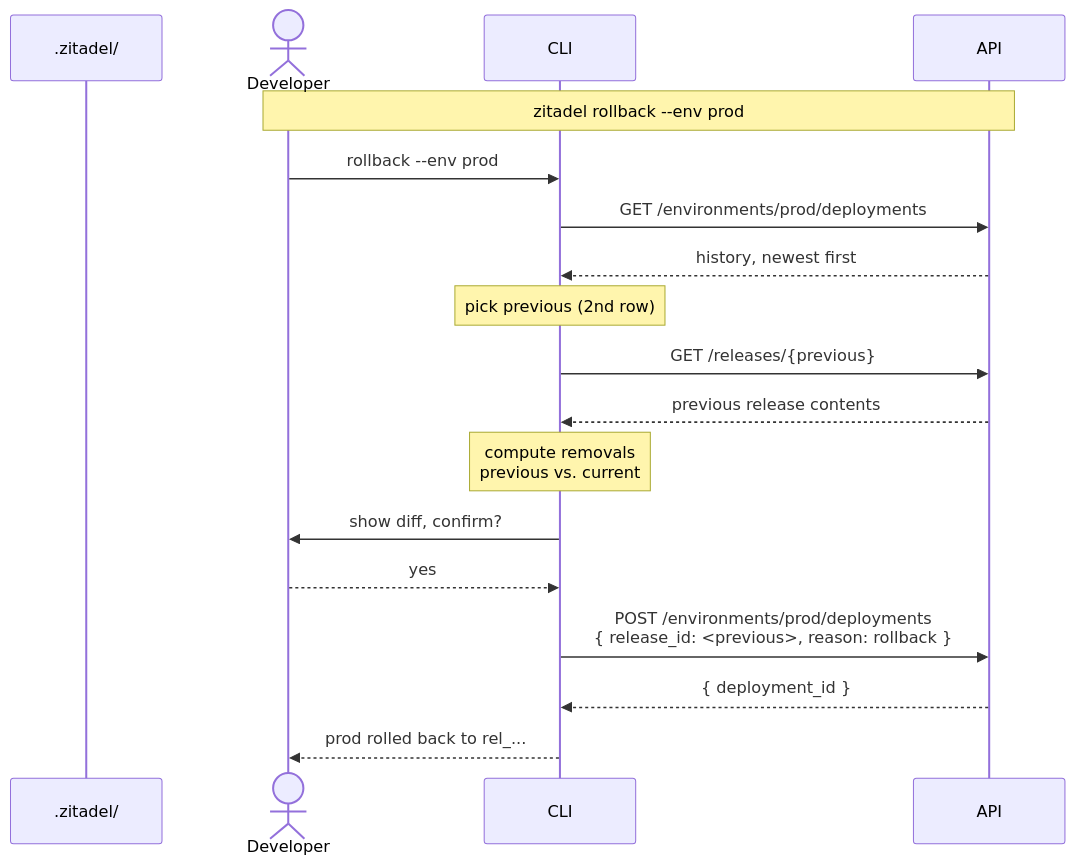
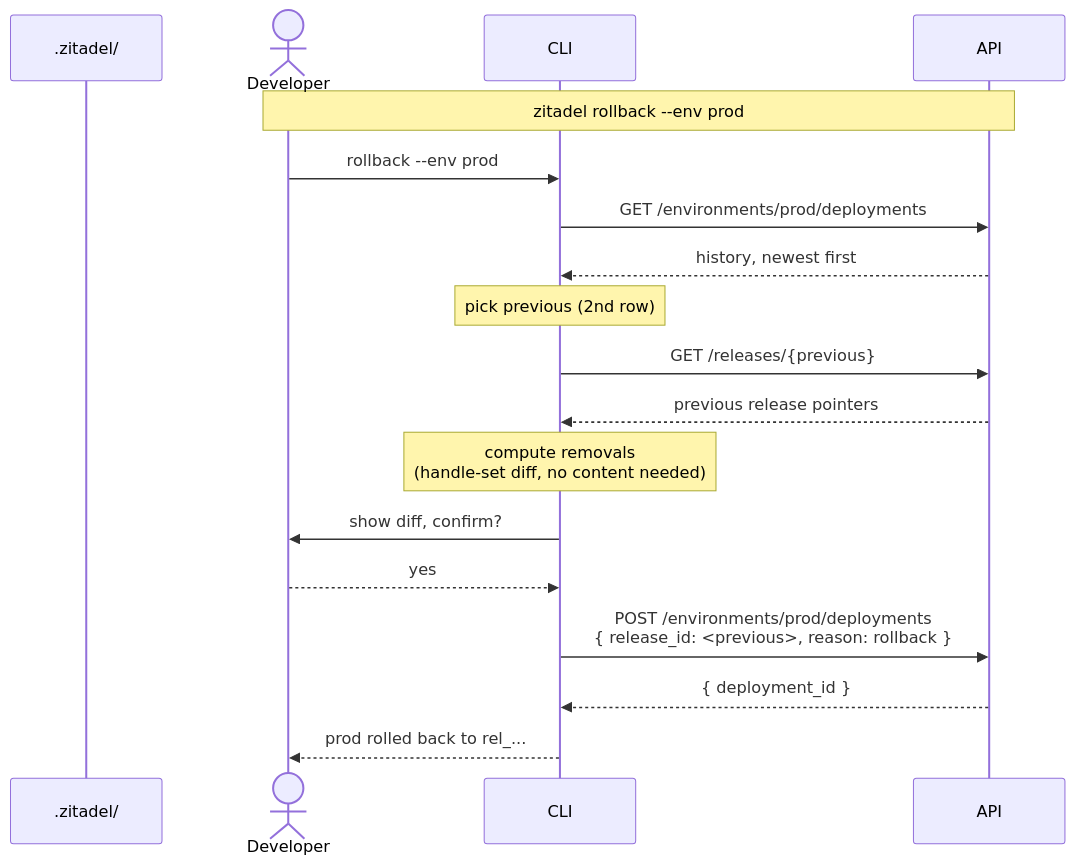
Before and after one commit to zitadel/nextgen: the fourth of 6 diagrams in docs/adrs/035-configuration-environments.md, drawn with Mermaid. The commit also changed other lines of this file, not shown here.

First line of the commit message:
docs(adr-035): specify release read as pointers + audit, not embedded content

````diff
--- a/docs/adrs/035-configuration-environments.md
+++ b/docs/adrs/035-configuration-environments.md
@@ -254,21 +256,21 @@
 ```mermaid
 sequenceDiagram
     participant Local as .zitadel/
     actor Dev as Developer
     participant CLI
     participant API
 
     Note over Dev,API: zitadel rollback --env prod
     Dev->>CLI: rollback --env prod
     CLI->>API: GET /environments/prod/deployments
     API-->>CLI: history, newest first
     Note over CLI: pick previous (2nd row)
     CLI->>API: GET /releases/{previous}
-    API-->>CLI: previous release contents
-    Note over CLI: compute removals<br/>previous vs. current
+    API-->>CLI: previous release pointers
+    Note over CLI: compute removals<br/>(handle-set diff, no content needed)
     CLI->>Dev: show diff, confirm?
     Dev-->>CLI: yes
     CLI->>API: POST /environments/prod/deployments<br/>{ release_id: <previous>, reason: rollback }
     API-->>CLI: { deployment_id }
     CLI-->>Dev: prod rolled back to rel_...
 ```
````
